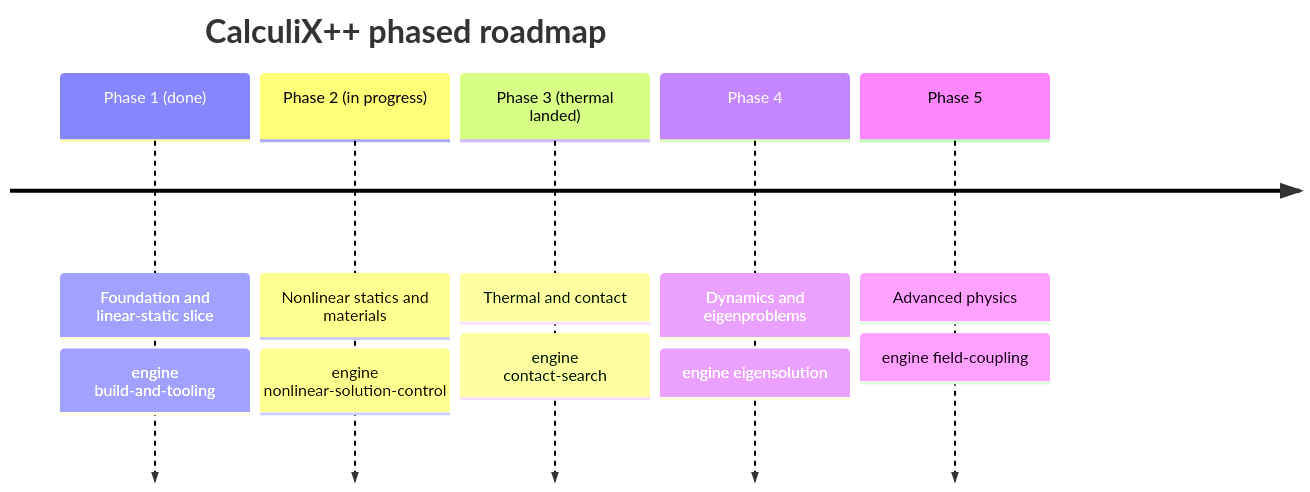
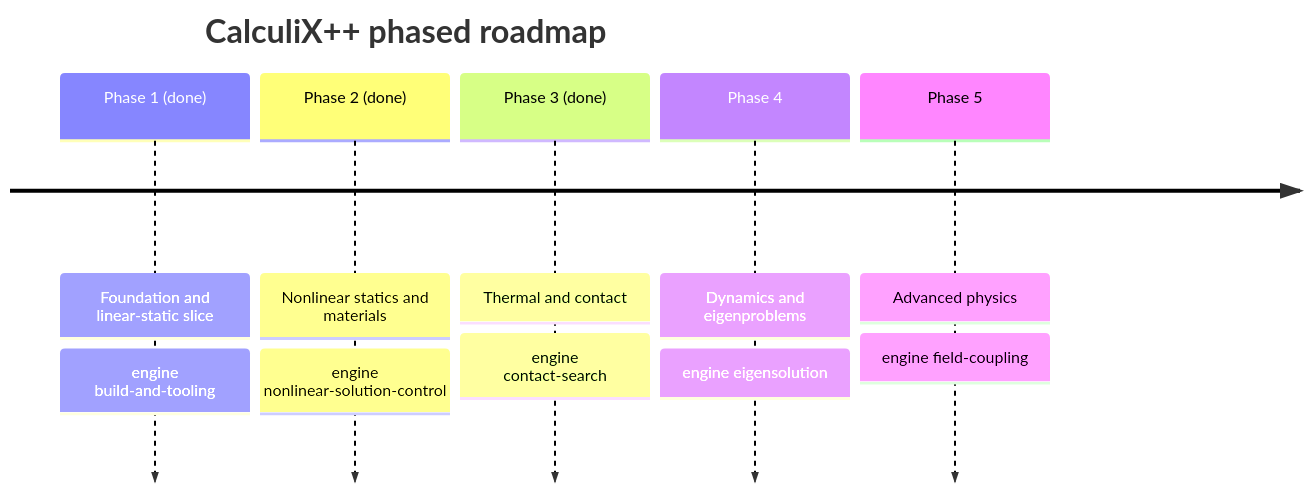
Before and after one commit to CyberdyneCorp/CalculixPP: the fourth of 4 diagrams in README.md, drawn with Mermaid. The commit also changed other lines of this file and 26 other files, not shown here.

First line of the commit message:
Phase 3: contact subsystem — search, node-to-surface, friction, thermal contact

````diff
--- a/README.md
+++ b/README.md
@@ -284,9 +355,9 @@
 ```mermaid
 timeline
   title CalculiX++ phased roadmap
   Phase 1 (done) : Foundation and linear-static slice : engine build-and-tooling
-  Phase 2 (in progress) : Nonlinear statics and materials : engine nonlinear-solution-control
-  Phase 3 (thermal landed) : Thermal and contact : engine contact-search
+  Phase 2 (done) : Nonlinear statics and materials : engine nonlinear-solution-control
+  Phase 3 (done) : Thermal and contact : engine contact-search
   Phase 4 : Dynamics and eigenproblems : engine eigensolution
   Phase 5 : Advanced physics : engine field-coupling
 ```
````
